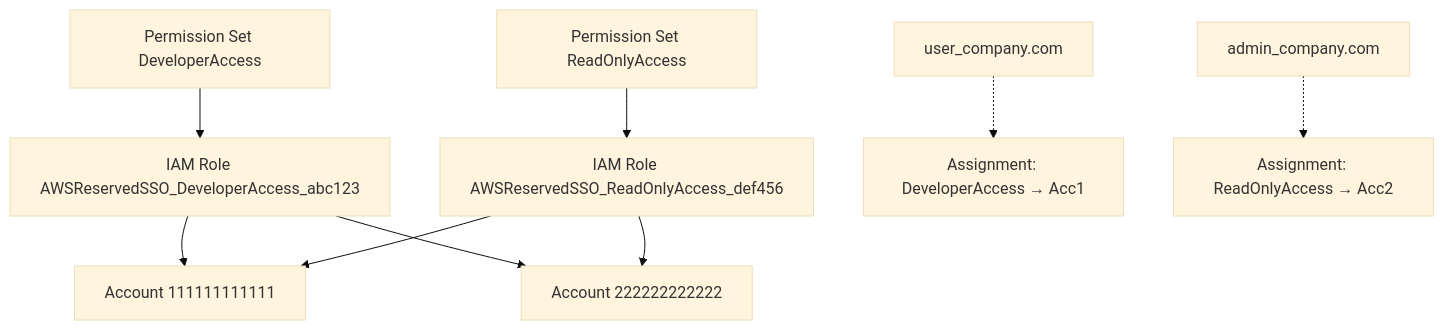
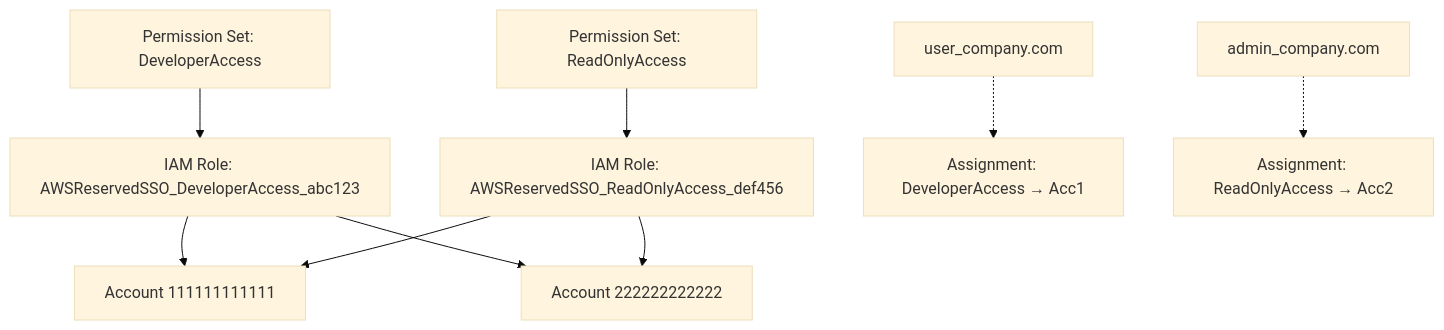
The first of 2 diagrams in docs/permission-sets-deep-dive.md (samuelrojasm/lab-aws-iam-identity-center-setup), drawn with Mermaid (base theme) before and after one commit.

Commit message:
docs: update lab documentation

````diff
--- a/docs/permission-sets-deep-dive.md
+++ b/docs/permission-sets-deep-dive.md
@@ -38,13 +38,13 @@
     ```mermaid
     flowchart TD
-    PS1[Permission Set DeveloperAccess] --> Role1[IAM Role AWSReservedSSO_DeveloperAccess_abc123]
-    PS2[Permission Set ReadOnlyAccess] --> Role2[IAM Role AWSReservedSSO_ReadOnlyAccess_def456]
+    PS1[Permission Set: DeveloperAccess] --> Role1[IAM Role: AWSReservedSSO_DeveloperAccess_abc123]
+    PS2[Permission Set: ReadOnlyAccess] --> Role2[IAM Role: AWSReservedSSO_ReadOnlyAccess_def456]
     
     Role1 --> Acc1[Account 111111111111]
     Role1 --> Acc2[Account 222222222222]
     Role2 --> Acc1
     Role2 --> Acc2
     
     User1[user_company.com] -.-> Assignment1[Assignment: DeveloperAccess → Acc1]
     User2[admin_company.com] -.-> Assignment2[Assignment: ReadOnlyAccess → Acc2]
     ```
````
